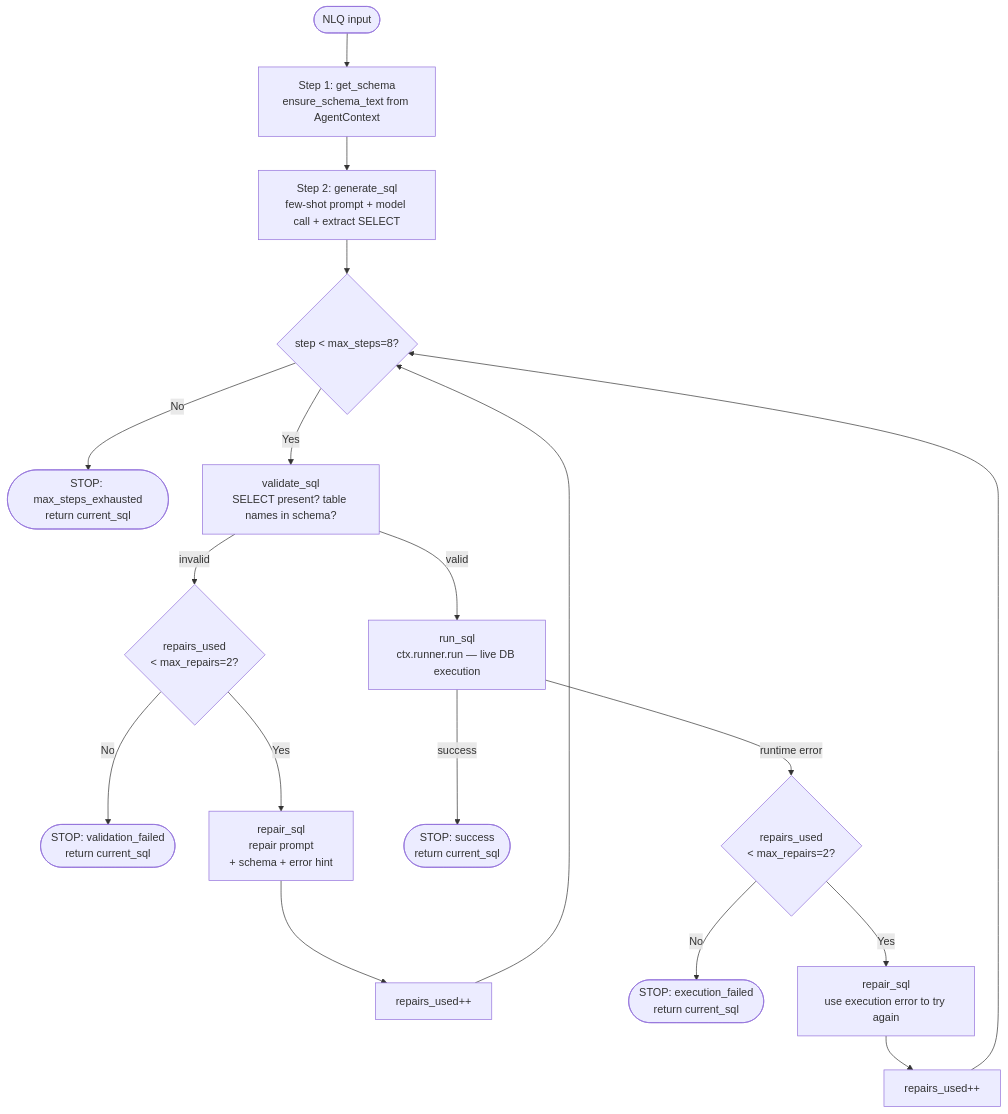
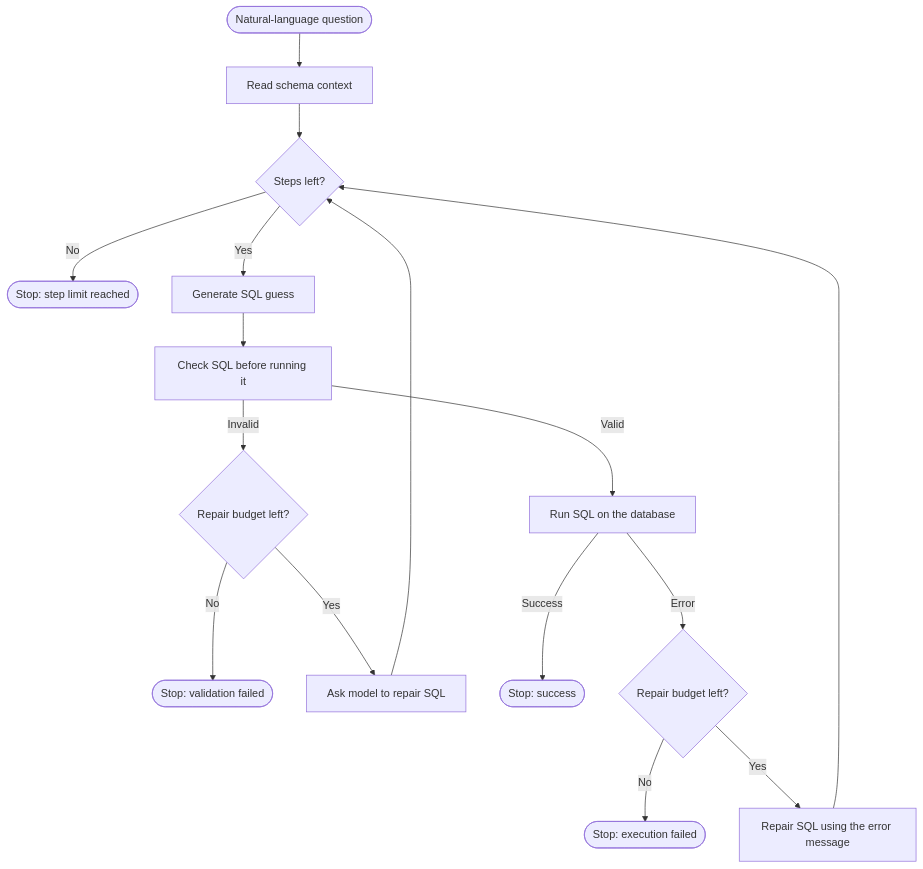
The first of 6 diagrams in diagrams.md (MacKenzieOBrian/NLtoSQL), drawn with Mermaid before and after one commit. The commit also changed other lines of this file and 4 other files, not shown here.

````diff
--- a/diagrams.md
+++ b/diagrams.md
@@ -14,26 +13,21 @@
 ```mermaid
 flowchart TD
-    START([NLQ input]) --> SCHEMA[Step 1: get_schema\nensure_schema_text from AgentContext]
-    SCHEMA --> GEN[Step 2: generate_sql\nfew-shot prompt + model call + extract SELECT]
+    START([Natural-language question]) --> SCHEMA[Read schema context]
+    SCHEMA --> STEP{Steps left?}
 
-    GEN --> LOOP{step < max_steps=8?}
-    LOOP -- No --> EXHAUST([STOP: max_steps_exhausted\nreturn current_sql])
+    STEP -- No --> STOPMAX([Stop: step limit reached])
+    STEP -- Yes --> GEN[Generate SQL guess]
 
-    LOOP -- Yes --> VSQL[validate_sql\nSELECT present? table names in schema?]
+    GEN --> VALID[Check SQL before running it]
+    VALID -- Invalid --> FIX1{Repair budget left?}
+    FIX1 -- No --> STOPBAD([Stop: validation failed])
+    FIX1 -- Yes --> REPAIR1[Ask model to repair SQL]
+    REPAIR1 --> STEP
 
-    VSQL -- invalid --> VREPAIR{repairs_used\n< max_repairs=2?}
-    VREPAIR -- No --> VSTOP([STOP: validation_failed\nreturn current_sql])
-    VREPAIR -- Yes --> REP1[repair_sql\nrepair prompt\n+ schema + error hint]
-    REP1 --> INC1[repairs_used++]
-    INC1 --> LOOP
-
-    VSQL -- valid --> RUN[run_sql\nctx.runner.run — live DB execution]
-
-    RUN -- success --> SUCCESS([STOP: success\nreturn current_sql])
-
-    RUN -- runtime error --> RREPAIR{repairs_used\n< max_repairs=2?}
-    RREPAIR -- No --> RSTOP([STOP: execution_failed\nreturn current_sql])
-    RREPAIR -- Yes --> REP2[repair_sql\nuse execution error to try again]
-    REP2 --> INC2[repairs_used++]
-    INC2 --> LOOP
+    VALID -- Valid --> RUN[Run SQL on the database]
+    RUN -- Success --> DONE([Stop: success])
+    RUN -- Error --> FIX2{Repair budget left?}
+    FIX2 -- No --> STOPERR([Stop: execution failed])
+    FIX2 -- Yes --> REPAIR2[Repair SQL using the error message]
+    REPAIR2 --> STEP
 ```
````
